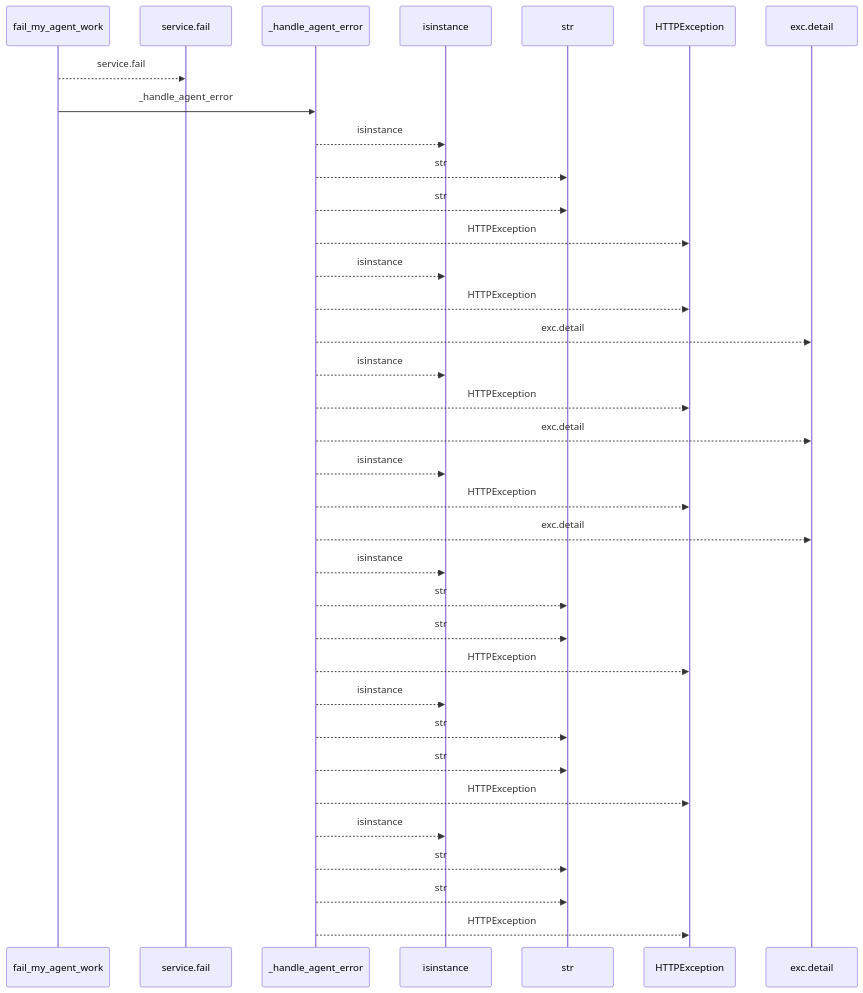
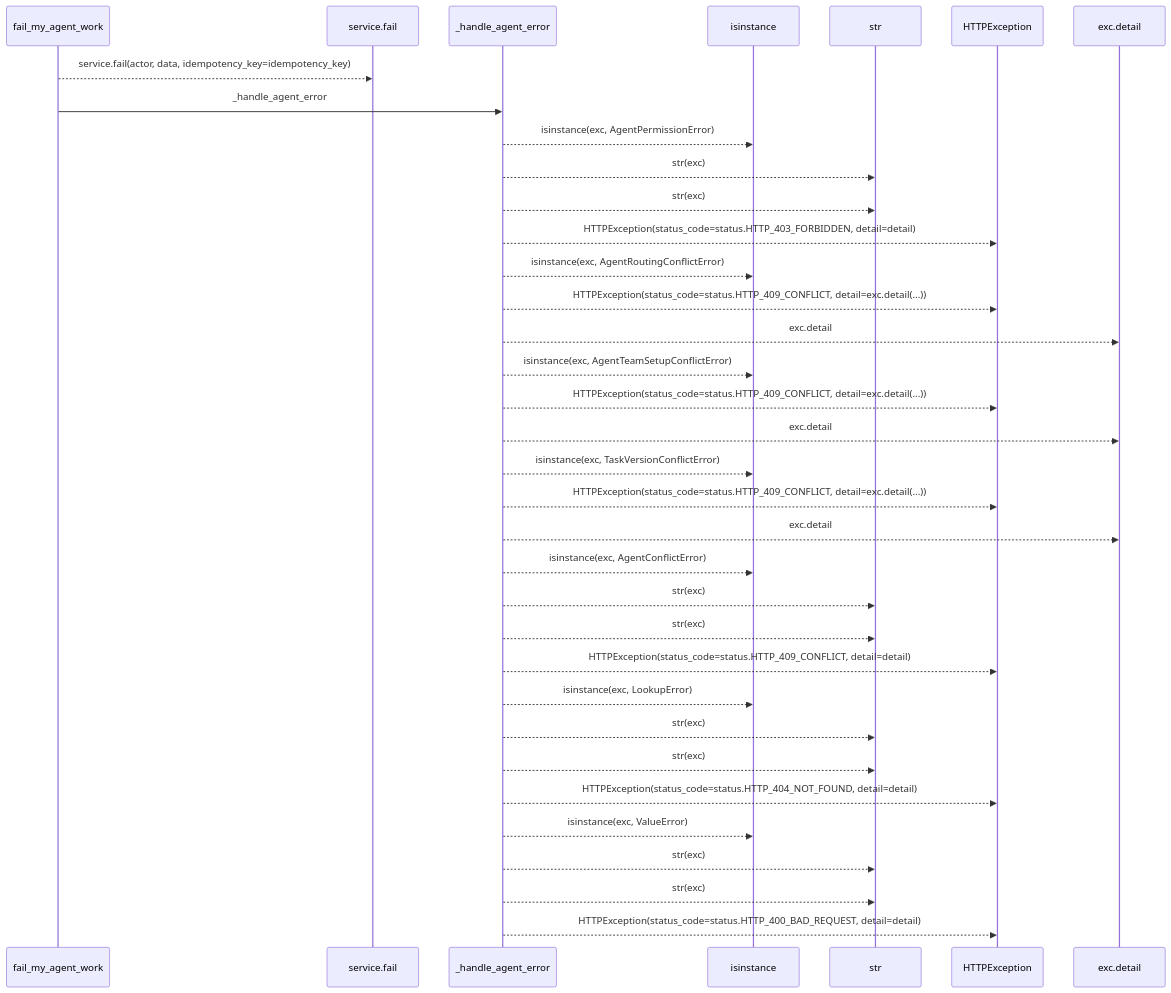
The first of 2 diagrams in docs/llm_wiki/flows/http-fail_my_agent_work.md (Denissvgn/WorkChord), drawn with Mermaid before and after one commit. The commit also changed other lines of this file and 25171 other files, not shown here.

````diff
--- a/docs/llm_wiki/flows/http-fail_my_agent_work.md
+++ b/docs/llm_wiki/flows/http-fail_my_agent_work.md
@@ -10,37 +12,37 @@
 ```mermaid
 sequenceDiagram
     participant p0 as fail_my_agent_work
     participant p1 as service.fail
     participant p2 as _handle_agent_error
     participant p3 as isinstance
     participant p4 as str
     participant p5 as HTTPException
     participant p6 as exc.detail
-    p0-->>p1: service.fail
+    p0-->>p1: service.fail(actor, data, idempotency_key=idempotency_key)
     p0->>p2: _handle_agent_error
-    p2-->>p3: isinstance
-    p2-->>p4: str
-    p2-->>p4: str
-    p2-->>p5: HTTPException
-    p2-->>p3: isinstance
-    p2-->>p5: HTTPException
+    p2-->>p3: isinstance(exc, AgentPermissionError)
+    p2-->>p4: str(exc)
+    p2-->>p4: str(exc)
+    p2-->>p5: HTTPException(status_code=status.HTTP_403_FORBIDDEN, detail=detail)
+    p2-->>p3: isinstance(exc, AgentRoutingConflictError)
+    p2-->>p5: HTTPException(status_code=status.HTTP_409_CONFLICT, detail=exc.detail(...))
     p2-->>p6: exc.detail
-    p2-->>p3: isinstance
-    p2-->>p5: HTTPException
+    p2-->>p3: isinstance(exc, AgentTeamSetupConflictError)
+    p2-->>p5: HTTPException(status_code=status.HTTP_409_CONFLICT, detail=exc.detail(...))
     p2-->>p6: exc.detail
-    p2-->>p3: isinstance
-    p2-->>p5: HTTPException
+    p2-->>p3: isinstance(exc, TaskVersionConflictError)
+    p2-->>p5: HTTPException(status_code=status.HTTP_409_CONFLICT, detail=exc.detail(...))
     p2-->>p6: exc.detail
-    p2-->>p3: isinstance
-    p2-->>p4: str
-    p2-->>p4: str
-    p2-->>p5: HTTPException
-    p2-->>p3: isinstance
-    p2-->>p4: str
-    p2-->>p4: str
-    p2-->>p5: HTTPException
-    p2-->>p3: isinstance
-    p2-->>p4: str
-    p2-->>p4: str
-    p2-->>p5: HTTPException
+    p2-->>p3: isinstance(exc, AgentConflictError)
+    p2-->>p4: str(exc)
+    p2-->>p4: str(exc)
+    p2-->>p5: HTTPException(status_code=status.HTTP_409_CONFLICT, detail=detail)
+    p2-->>p3: isinstance(exc, LookupError)
+    p2-->>p4: str(exc)
+    p2-->>p4: str(exc)
+    p2-->>p5: HTTPException(status_code=status.HTTP_404_NOT_FOUND, detail=detail)
+    p2-->>p3: isinstance(exc, ValueError)
+    p2-->>p4: str(exc)
+    p2-->>p4: str(exc)
+    p2-->>p5: HTTPException(status_code=status.HTTP_400_BAD_REQUEST, detail=detail)
 ```
````
